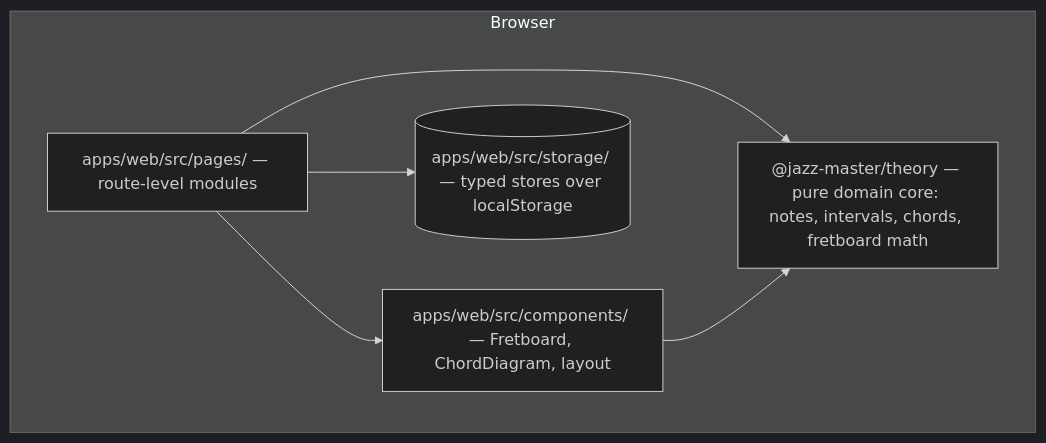
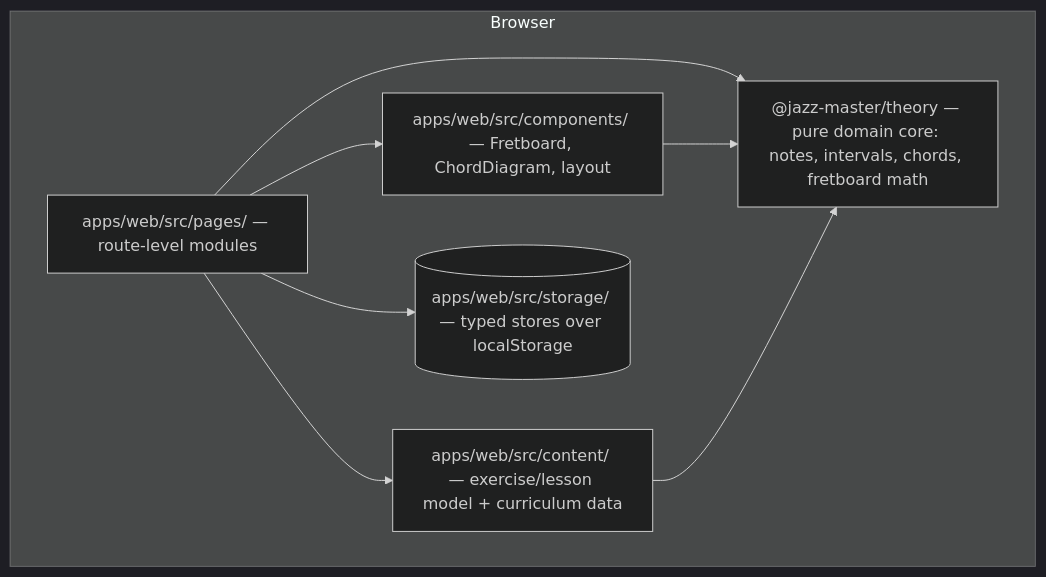
The diagram in architecture/overview.md (flooper68/jazz-master), drawn with Mermaid (dark theme) before and after one commit. The commit also changed other lines of this file and 9 other files, not shown here.

First line of the commit message:
TASK-011: add exercise & lesson content model (apps/web/src/content)

````diff
--- a/architecture/overview.md
+++ b/architecture/overview.md
@@ -9,13 +9,16 @@
 ```mermaid
 flowchart TD
     subgraph Browser
         pages[apps/web/src/pages/ — route-level modules]
         components[apps/web/src/components/ — Fretboard, ChordDiagram, layout]
+        content[apps/web/src/content/ — exercise/lesson model + curriculum data]
         theory["@jazz-master/theory — pure domain core: notes, intervals, chords, fretboard math"]
         storage[(apps/web/src/storage/ — typed stores over localStorage)]
     end
     pages --> components
+    pages --> content
     pages --> theory
     components --> theory
+    content --> theory
     pages --> storage
 ```
````
